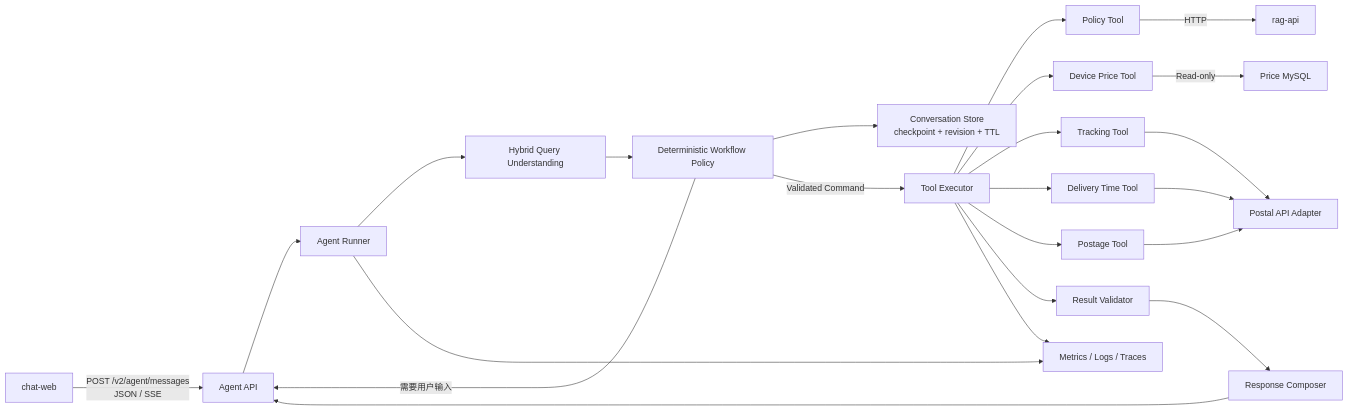
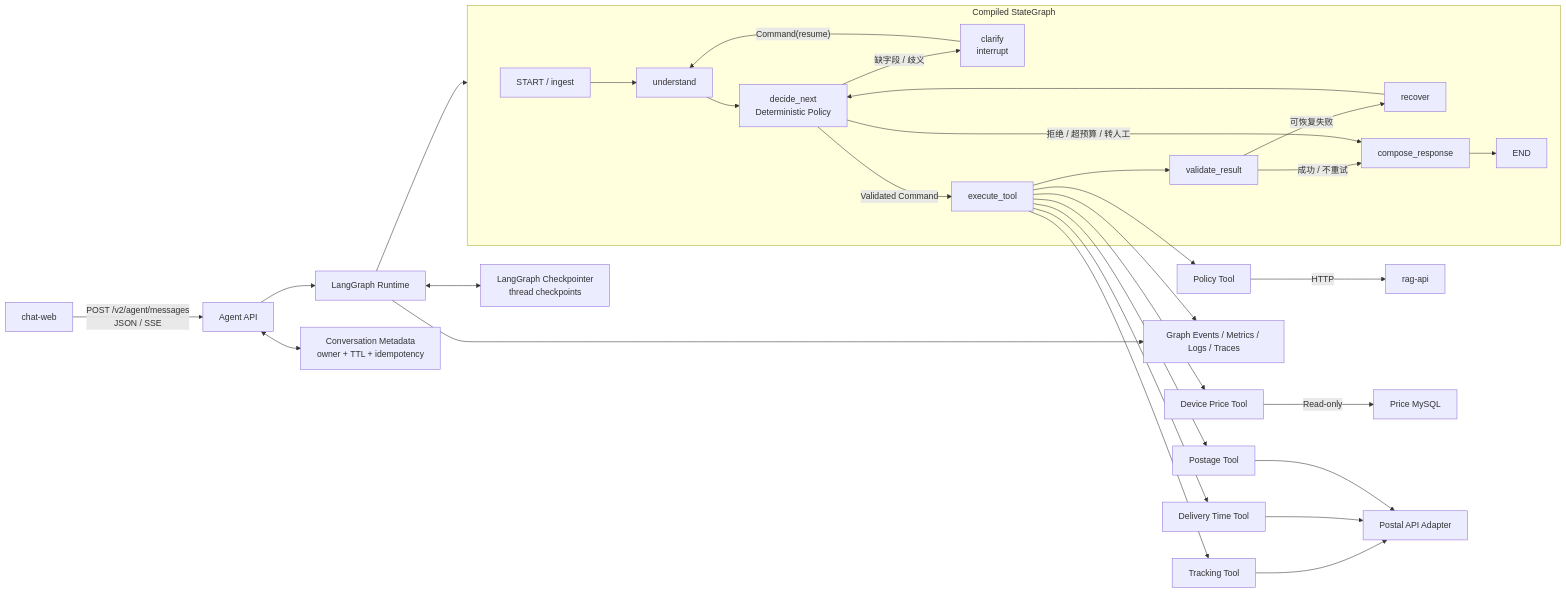
Before and after one commit to wwbotww/Intern26-spb: the diagram in docs/agent-workflow-implementation-plan.md, drawn with Mermaid. The commit also changed other lines of this file and 3 other files, not shown here.

Commit message:
docs: adopt LangGraph for agent workflow design

````diff
--- a/docs/agent-workflow-implementation-plan.md
+++ b/docs/agent-workflow-implementation-plan.md
@@ -109,29 +129,38 @@
 ```mermaid
 flowchart LR
     UI["chat-web"] -->|"POST /v2/agent/messages<br/>JSON / SSE"| API["Agent API"]
-    API --> RUNNER["Agent Runner"]
-    RUNNER --> QU["Hybrid Query Understanding"]
-    QU --> POLICY["Deterministic Workflow Policy"]
-    POLICY --> STORE["Conversation Store<br/>checkpoint + revision + TTL"]
-    POLICY -->|"需要用户输入"| API
-    POLICY -->|"Validated Command"| EXEC["Tool Executor"]
+    API --> RUNTIME["LangGraph Runtime"]
+
+    subgraph GRAPH["Compiled StateGraph"]
+        START["START / ingest"] --> QU["understand"]
+        QU --> POLICY["decide_next<br/>Deterministic Policy"]
+        POLICY -->|"缺字段 / 歧义"| PAUSE["clarify<br/>interrupt"]
+        PAUSE -->|"Command(resume)"| QU
+        POLICY -->|"Validated Command"| EXEC["execute_tool"]
+        EXEC --> VALIDATOR["validate_result"]
+        VALIDATOR -->|"可恢复失败"| RECOVER["recover"]
+        RECOVER --> POLICY
+        VALIDATOR -->|"成功 / 不重试"| RESPOND["compose_response"]
+        POLICY -->|"拒绝 / 超预算 / 转人工"| RESPOND
+        RESPOND --> END["END"]
+    end
+
+    RUNTIME --> GRAPH
+    RUNTIME <--> CHECKPOINT["LangGraph Checkpointer<br/>thread checkpoints"]
+    API <--> META["Conversation Metadata<br/>owner + TTL + idempotency"]
 
     EXEC --> P["Policy Tool"]
     EXEC --> D["Device Price Tool"]
     EXEC --> T["Tracking Tool"]
     EXEC --> E["Delivery Time Tool"]
     EXEC --> F["Postage Tool"]
 
     P -->|"HTTP"| RAG["rag-api"]
     D -->|"Read-only"| MYSQL["Price MySQL"]
     T --> POSTAL["Postal API Adapter"]
     E --> POSTAL
     F --> POSTAL
 
-    EXEC --> VALIDATOR["Result Validator"]
-    VALIDATOR --> COMPOSER["Response Composer"]
-    COMPOSER --> API
-
-    RUNNER --> TRACE["Metrics / Logs / Traces"]
+    RUNTIME --> TRACE["Graph Events / Metrics / Logs / Traces"]
     EXEC --> TRACE
 ```
````
